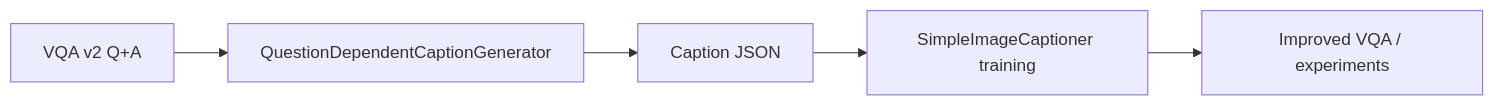
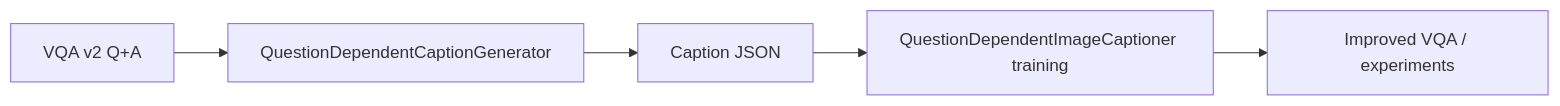
The first of 6 diagrams in QuestionDependentCaptionGenerator/architecture/architecture.en.md (MahdiRuzmeh/ImageCaptioningImprovedVisualQuestionAnswering), drawn with Mermaid before and after one commit. The commit also changed 27 other files, not shown here.

Commit message:
feat: Implement question dependent img captioner model.

````diff
--- a/QuestionDependentCaptionGenerator/architecture/architecture.en.md
+++ b/QuestionDependentCaptionGenerator/architecture/architecture.en.md
@@ -19,7 +19,7 @@
 ```mermaid
 flowchart LR
   VQA[VQA v2 Q+A] --> Gen[QuestionDependentCaptionGenerator]
   Gen --> Caps[Caption JSON]
-  Caps --> CapTrain[SimpleImageCaptioner training]
+  Caps --> CapTrain[QuestionDependentImageCaptioner training]
   CapTrain --> Downstream[Improved VQA / experiments]
 ```
````
